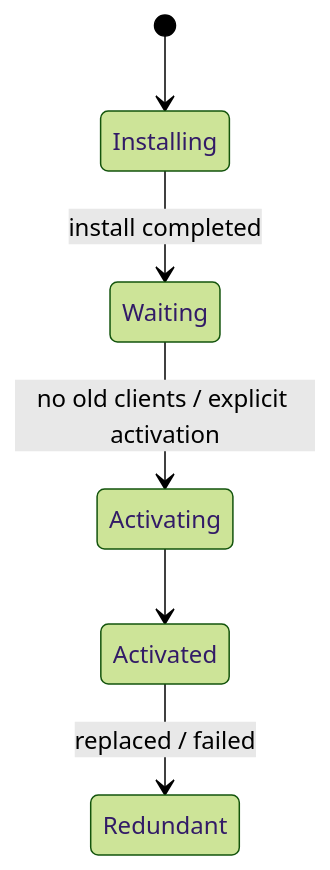
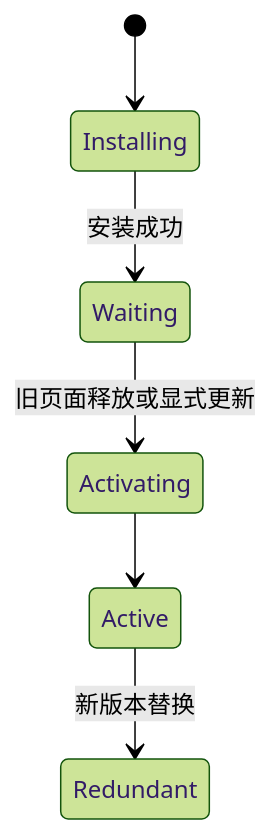
Before and after one commit to upJiang/jiang-blog-vitepress: the diagram in docs/frontend/service-worker-offline.md, drawn with Mermaid (forest theme). The commit also changed other lines of this file and 164 other files, not shown here.

````diff
--- a/docs/frontend/service-worker-offline.md
+++ b/docs/frontend/service-worker-offline.md
@@ -17,8 +20,8 @@
 ```mermaid
 stateDiagram-v2
   [*] --> Installing
-  Installing --> Waiting: install completed
-  Waiting --> Activating: no old clients / explicit activation
-  Activating --> Activated
-  Activated --> Redundant: replaced / failed
+  Installing --> Waiting: 安装成功
+  Waiting --> Activating: 旧页面释放或显式更新
+  Activating --> Active
+  Active --> Redundant: 新版本替换
 ```
````
